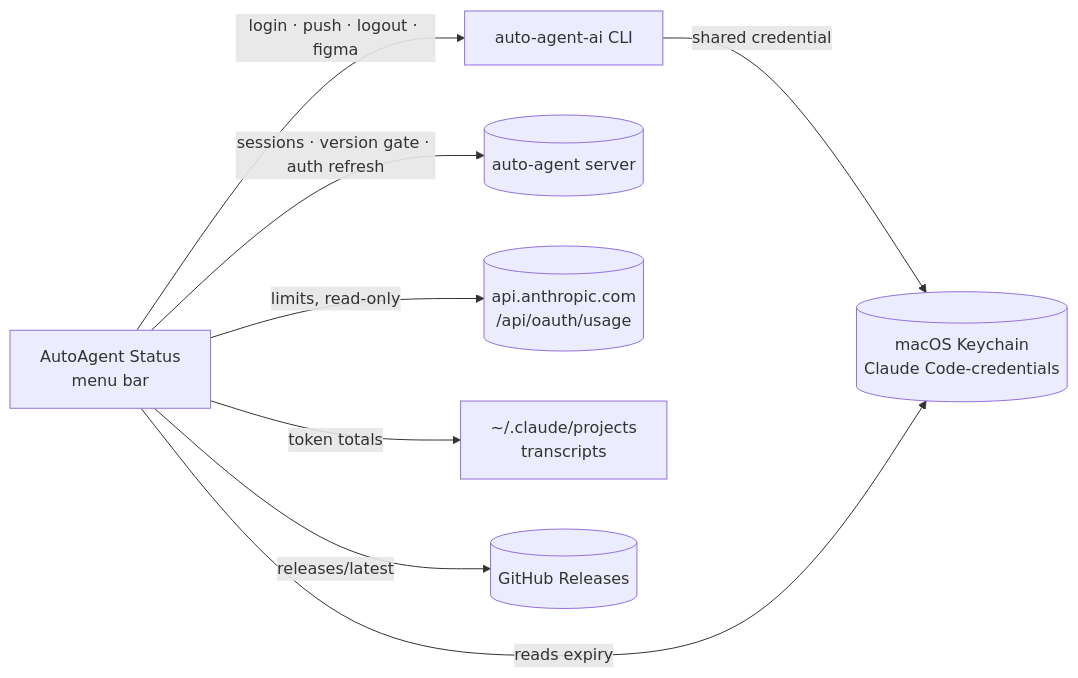
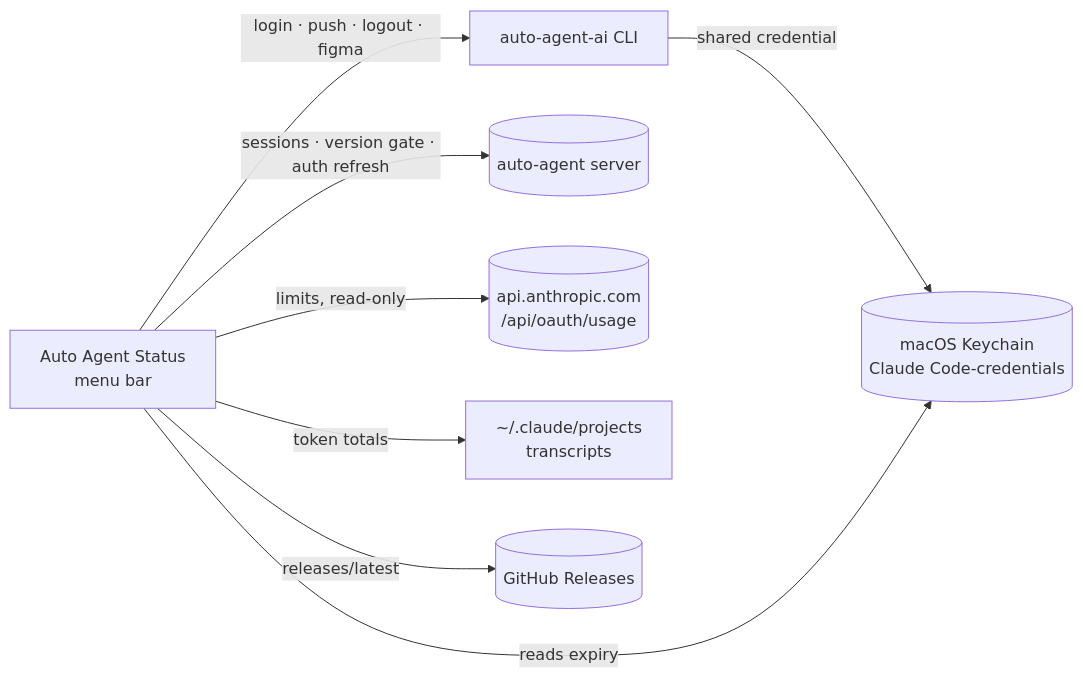
Before and after one commit to haonguyenstech/auto-agent-status: the diagram in README.md, drawn with Mermaid. The commit also changed other lines of this file and 18 other files, not shown here.

Commit message:
Rename to Auto Agent Status (repo auto-agent-status); move pre-1.18 installs to the new bundle name

````diff
--- a/README.md
+++ b/README.md
@@ -184,10 +184,10 @@
 ```mermaid
 flowchart LR
-    APP[AutoAgent Status<br/>menu bar] -->|login · push · logout · figma| CLI[auto-agent-ai CLI]
+    APP[Auto Agent Status<br/>menu bar] -->|login · push · logout · figma| CLI[auto-agent-ai CLI]
     CLI -->|shared credential| KC[(macOS Keychain<br/>Claude Code-credentials)]
     APP -->|reads expiry| KC
     APP -->|sessions · version gate · auth refresh| SRV[(auto-agent server)]
     APP -->|limits, read-only| API[(api.anthropic.com<br/>/api/oauth/usage)]
     APP -->|token totals| TR[~/.claude/projects<br/>transcripts]
     APP -->|releases/latest| GH[(GitHub Releases)]
 ```
````
